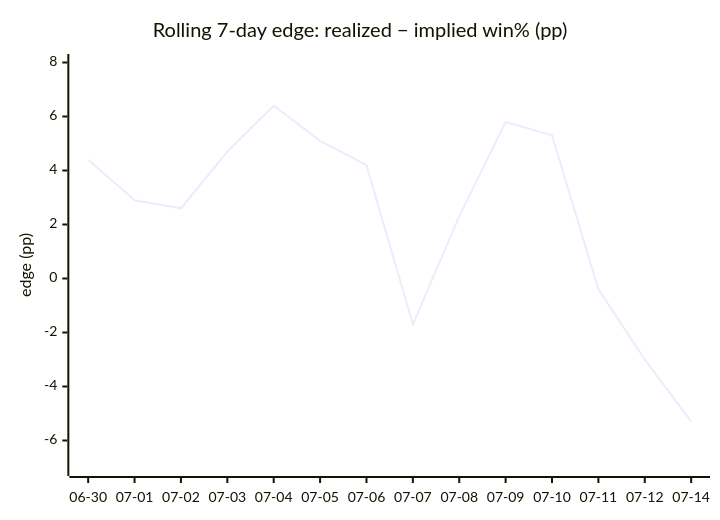
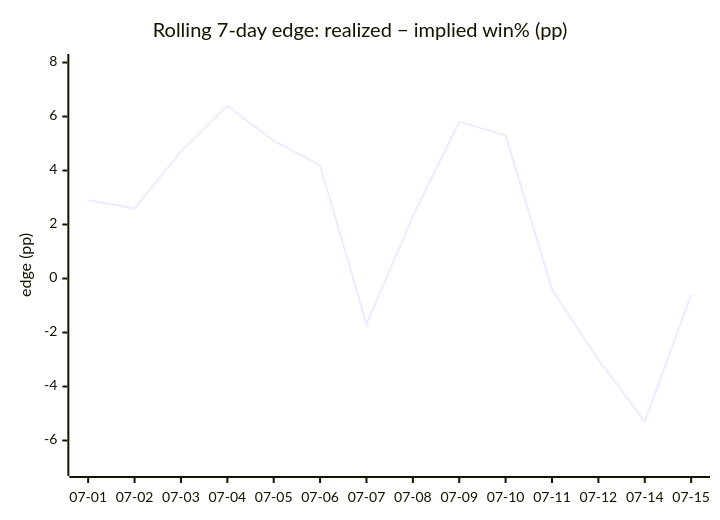
The fifth of 5 diagrams in DAILY_AGSU_REPORT.md (dpk1212/nhl-savant), drawn with Mermaid before and after one commit. The commit also changed other lines of this file, not shown here.

````diff
--- a/DAILY_AGSU_REPORT.md
+++ b/DAILY_AGSU_REPORT.md
@@ -671,7 +672,7 @@
 ```mermaid
 xychart-beta
     title "Rolling 7-day edge: realized − implied win% (pp)"
-    x-axis ["06-30", "07-01", "07-02", "07-03", "07-04", "07-05", "07-06", "07-07", "07-08", "07-09", "07-10", "07-11", "07-12", "07-14"]
+    x-axis ["07-01", "07-02", "07-03", "07-04", "07-05", "07-06", "07-07", "07-08", "07-09", "07-10", "07-11", "07-12", "07-14", "07-15"]
     y-axis "edge (pp)" -7 --> 8
-    line [4.4, 2.9, 2.6, 4.7, 6.4, 5.1, 4.2, -1.7, 2.3, 5.8, 5.3, -0.4, -3, -5.3]
+    line [2.9, 2.6, 4.7, 6.4, 5.1, 4.2, -1.7, 2.3, 5.8, 5.3, -0.4, -3, -5.3, -0.6]
 ```
````
